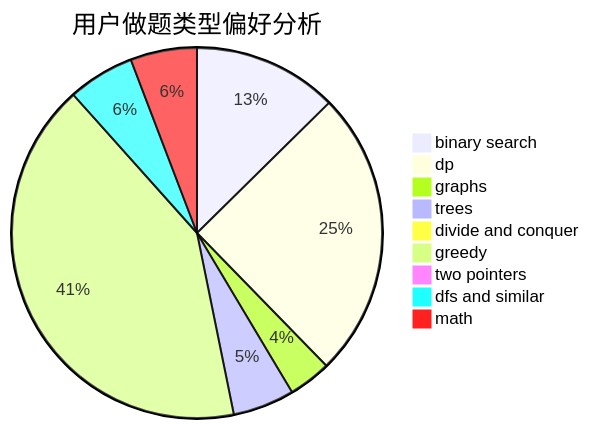
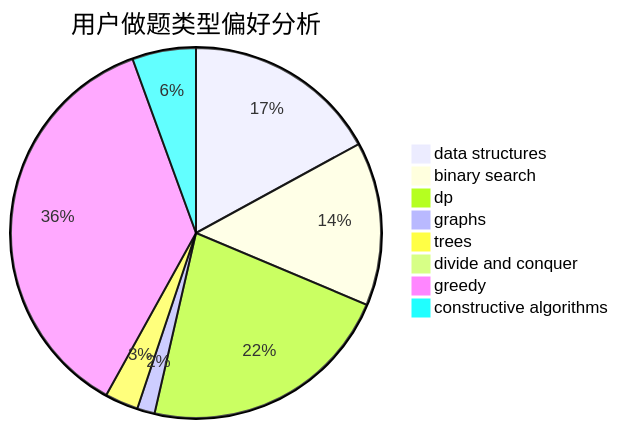
Before and after one commit to sherpahu/cfrs.github.io: the second of 3 diagrams in docs/user/u2075.md, drawn with Mermaid. The commit also changed other lines of this file and 2775 other files, not shown here.

````diff
--- a/docs/user/u2075.md
+++ b/docs/user/u2075.md
@@ -23,12 +23,11 @@
 ```mermaid
 pie title 用户做题类型偏好分析
-    "binary search" :  176
-    "dp" :  350
-    "graphs" :  52
-    "trees" :  75
+    "data structures" :  199
+    "binary search" :  167
+    "dp" :  260
+    "graphs" :  18
+    "trees" :  34
     "divide and conquer" :  5
-    "greedy" :  580
-    "two pointers" :  5
-    "dfs and similar" :  81
-    "math" :  81
+    "greedy" :  425
+    "constructive algorithms" :  65
 ```
````
